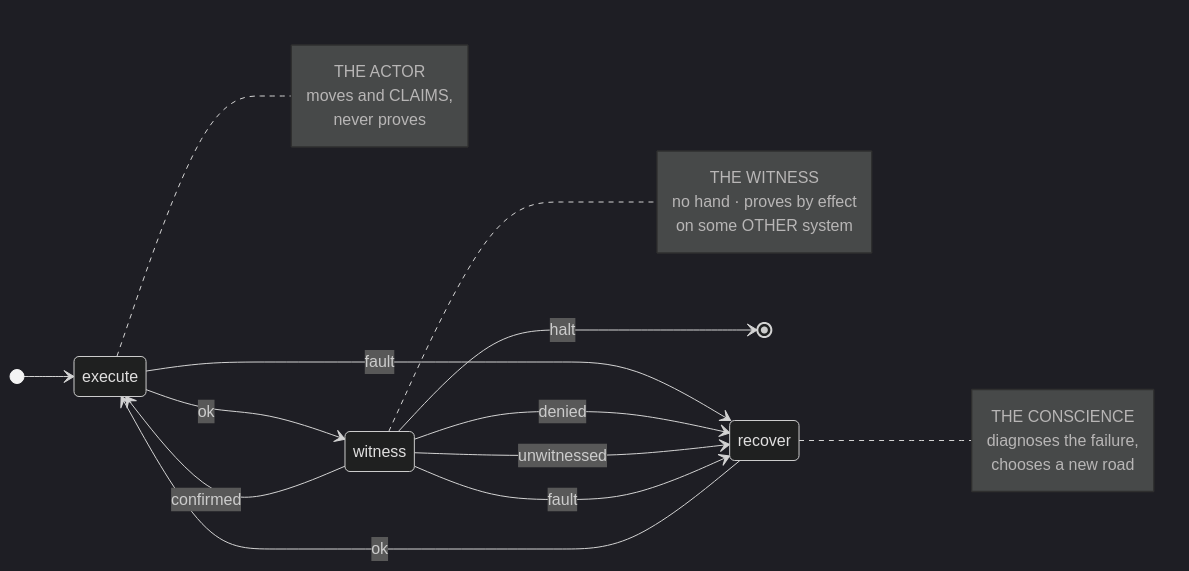
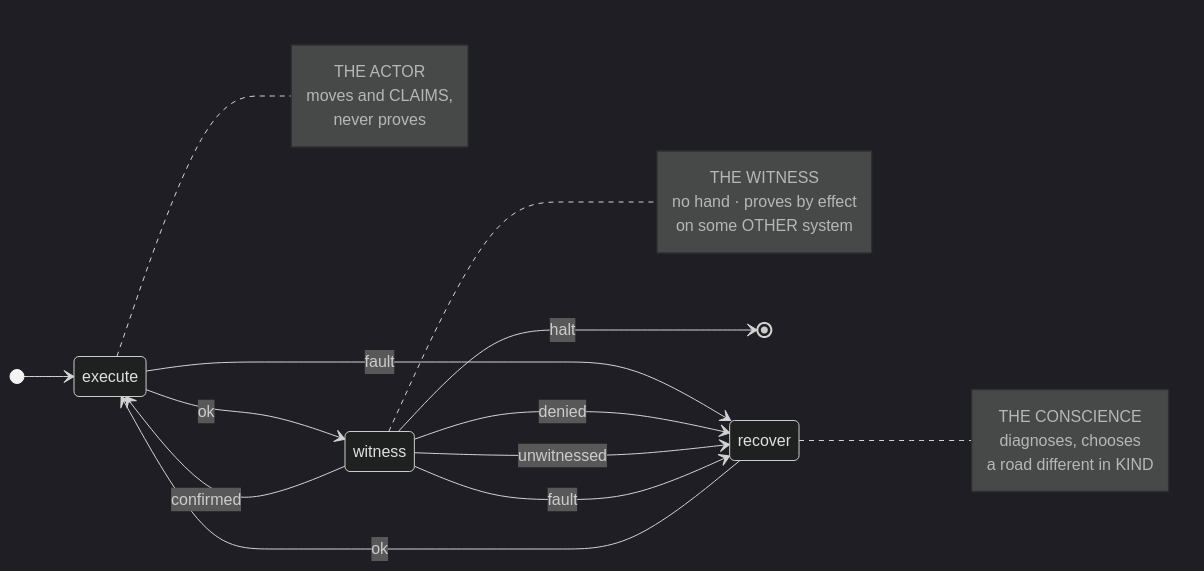
The fourth of 8 diagrams in README.md (wgabrys88/endgame-ai), drawn with Mermaid (dark theme) before and after one commit. The commit also changed other lines of this file, not shown here.

````diff
--- a/README.md
+++ b/README.md
@@ -131,29 +163,29 @@
 ```mermaid
 stateDiagram-v2
     direction LR
     [*] --> execute
     execute --> witness: ok
     execute --> recover: fault
     witness --> execute: confirmed
     witness --> recover: denied
     witness --> recover: unwitnessed
     witness --> recover: fault
     witness --> [*]: halt
     recover --> execute: ok
 
     note right of execute
       THE ACTOR
       moves and CLAIMS,
       never proves
     end note
     note right of witness
       THE WITNESS
       no hand · proves by effect
       on some OTHER system
     end note
     note right of recover
       THE CONSCIENCE
-      diagnoses the failure,
-      chooses a new road
+      diagnoses, chooses
+      a road different in KIND
     end note
 ```
````
